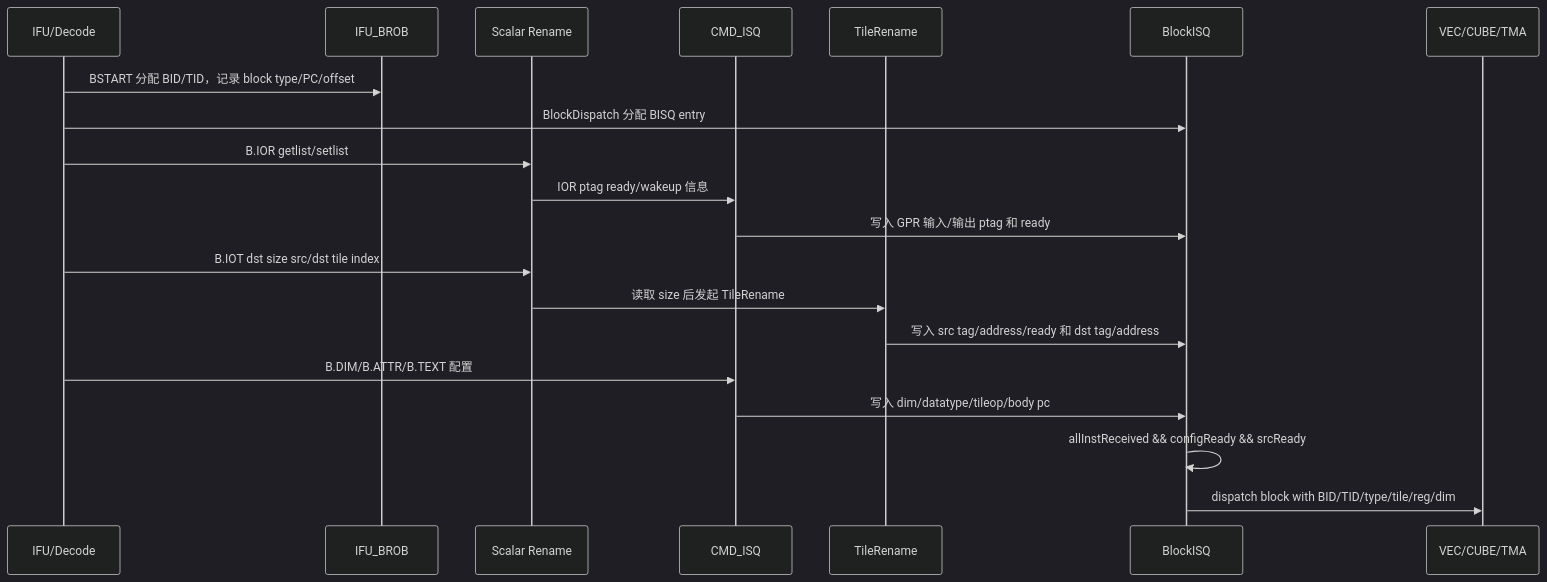
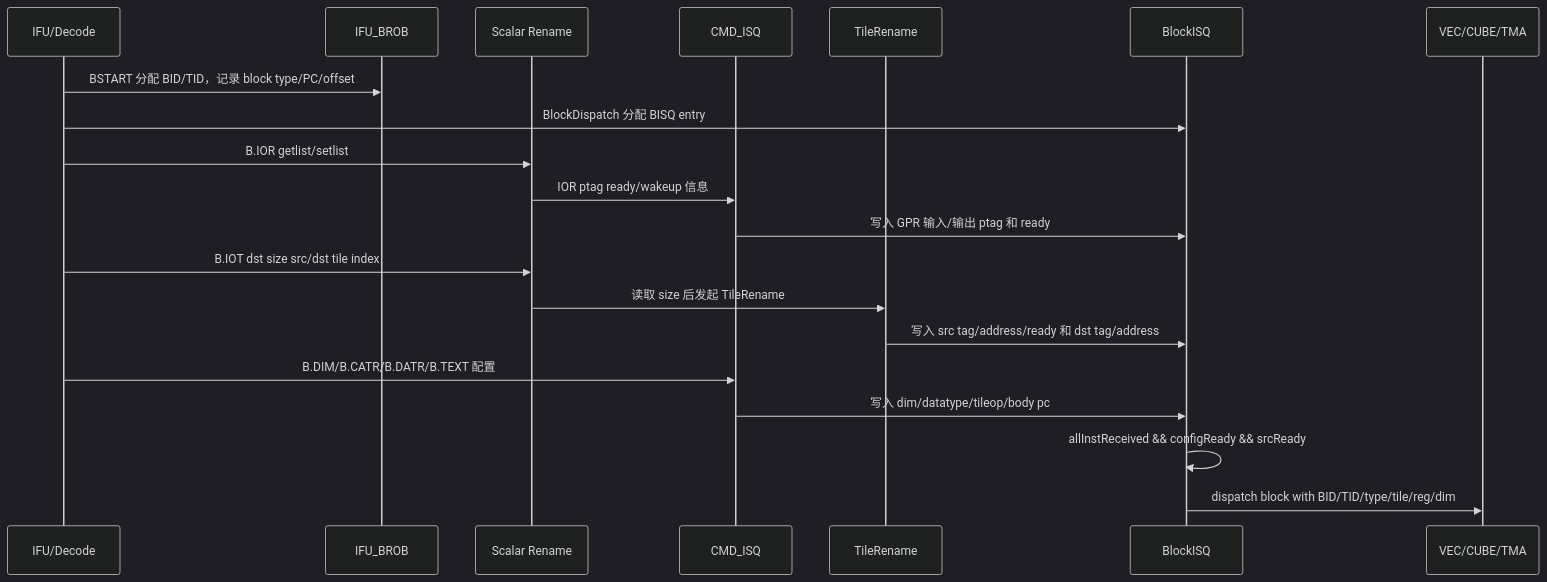
One commit to LinxISA/LinxCore changed the second of 4 diagrams in docs/architecture/Janus/BCC/00_BCC_Architecture.md. Above: the diagram before and after it, drawn with Mermaid (dark theme). The commit also changed other lines of this file and 71 other files, not shown here.

````diff
--- a/docs/architecture/Janus/BCC/00_BCC_Architecture.md
+++ b/docs/architecture/Janus/BCC/00_BCC_Architecture.md
@@ -116,23 +116,23 @@
 ```mermaid
 sequenceDiagram
   participant IFU as IFU/Decode
   participant BROB as IFU_BROB
   participant REN as Scalar Rename
   participant CMD as CMD_ISQ
   participant TR as TileRename
   participant BISQ as BlockISQ
   participant CORE as VEC/CUBE/TMA
 
   IFU->>BROB: BSTART 分配 BID/TID，记录 block type/PC/offset
   IFU->>BISQ: BlockDispatch 分配 BISQ entry
   IFU->>REN: B.IOR getlist/setlist
   REN->>CMD: IOR ptag ready/wakeup 信息
   CMD->>BISQ: 写入 GPR 输入/输出 ptag 和 ready
   IFU->>REN: B.IOT dst size src/dst tile index
   REN->>TR: 读取 size 后发起 TileRename
   TR->>BISQ: 写入 src tag/address/ready 和 dst tag/address
-  IFU->>CMD: B.DIM/B.ATTR/B.TEXT 配置
+  IFU->>CMD: B.DIM/B.CATR/B.DATR/B.TEXT 配置
   CMD->>BISQ: 写入 dim/datatype/tileop/body pc
   BISQ->>BISQ: allInstReceived && configReady && srcReady
   BISQ->>CORE: dispatch block with BID/TID/type/tile/reg/dim
 ```
````
